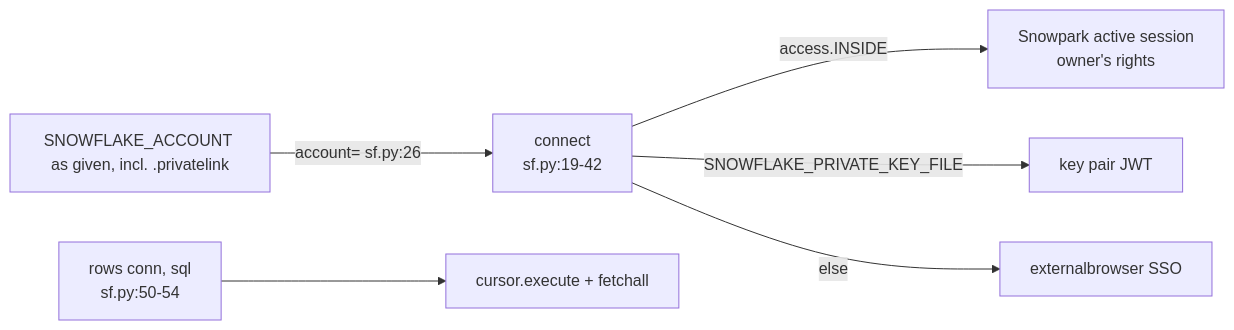
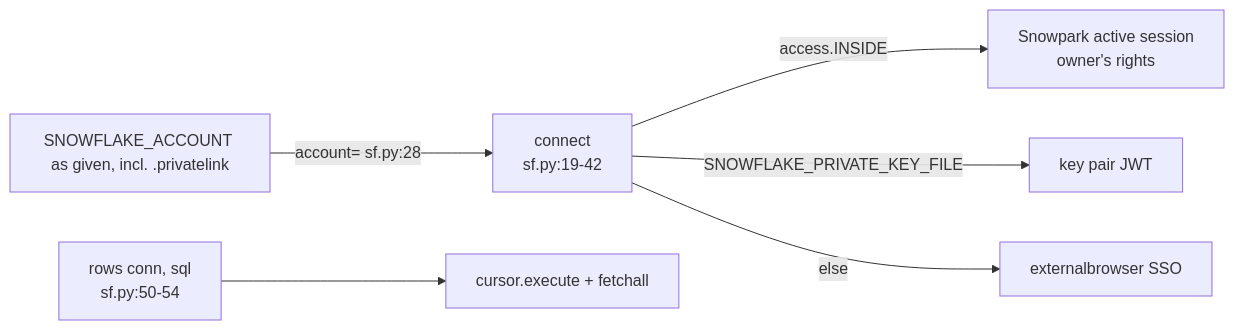
One commit to darshanmeel/snowflake-access-explorer changed the diagram in snowflake-access-explorer-knowledge-graph/modules/sf.md. Above: the diagram before and after it, drawn with Mermaid. The commit also changed other lines of this file and 14 other files, not shown here.

Commit message:
Knowledge graph: review fixes (sf.py:28 account line, PrivateLink range, README line refs in deploy and access-request pages)

````diff
--- a/snowflake-access-explorer-knowledge-graph/modules/sf.md
+++ b/snowflake-access-explorer-knowledge-graph/modules/sf.md
@@ -6,8 +6,8 @@
 ```mermaid
 flowchart LR
   C[connect<br/>sf.py:19-42] -->|access.INSIDE| SP[Snowpark active session<br/>owner's rights]
   C -->|SNOWFLAKE_PRIVATE_KEY_FILE| KP[key pair JWT]
   C -->|else| SSO[externalbrowser SSO]
-  ENV[SNOWFLAKE_ACCOUNT as given, incl. .privatelink] -->|account= sf.py:26| C
+  ENV[SNOWFLAKE_ACCOUNT as given, incl. .privatelink] -->|account= sf.py:28| C
   R[rows conn, sql<br/>sf.py:50-54] --> CUR[cursor.execute + fetchall]
 ```
````
